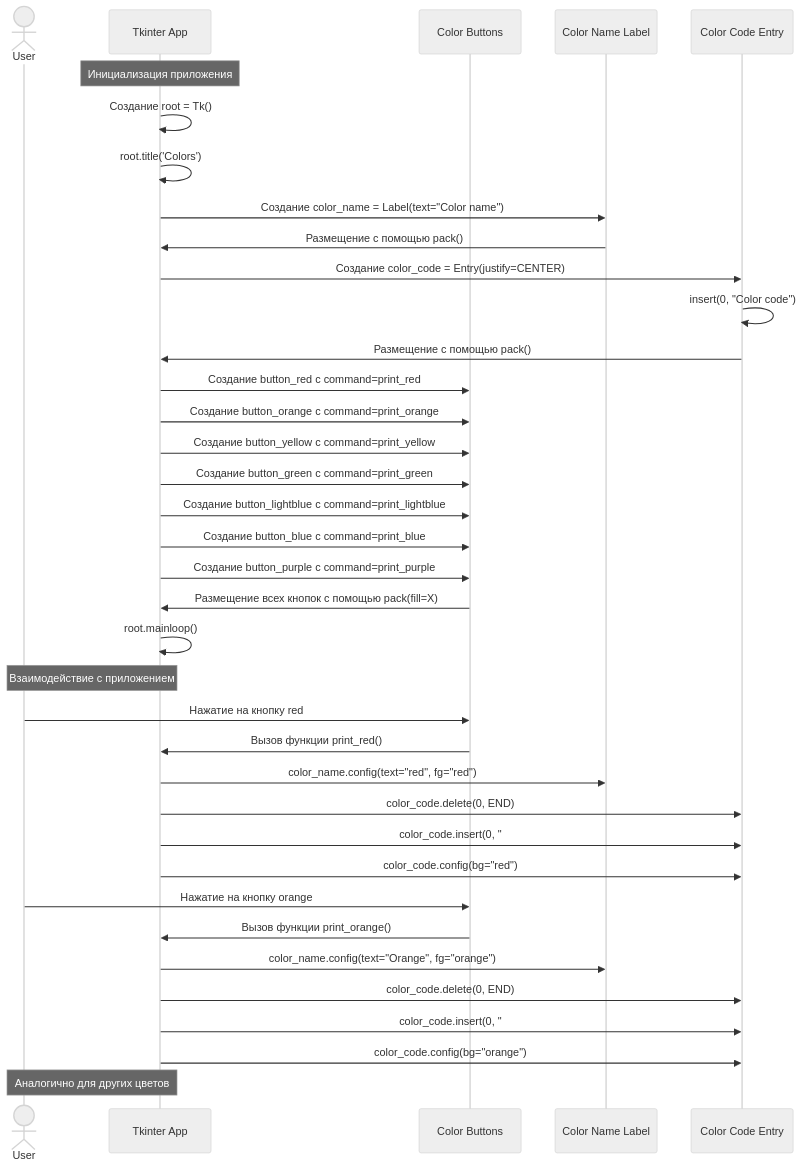
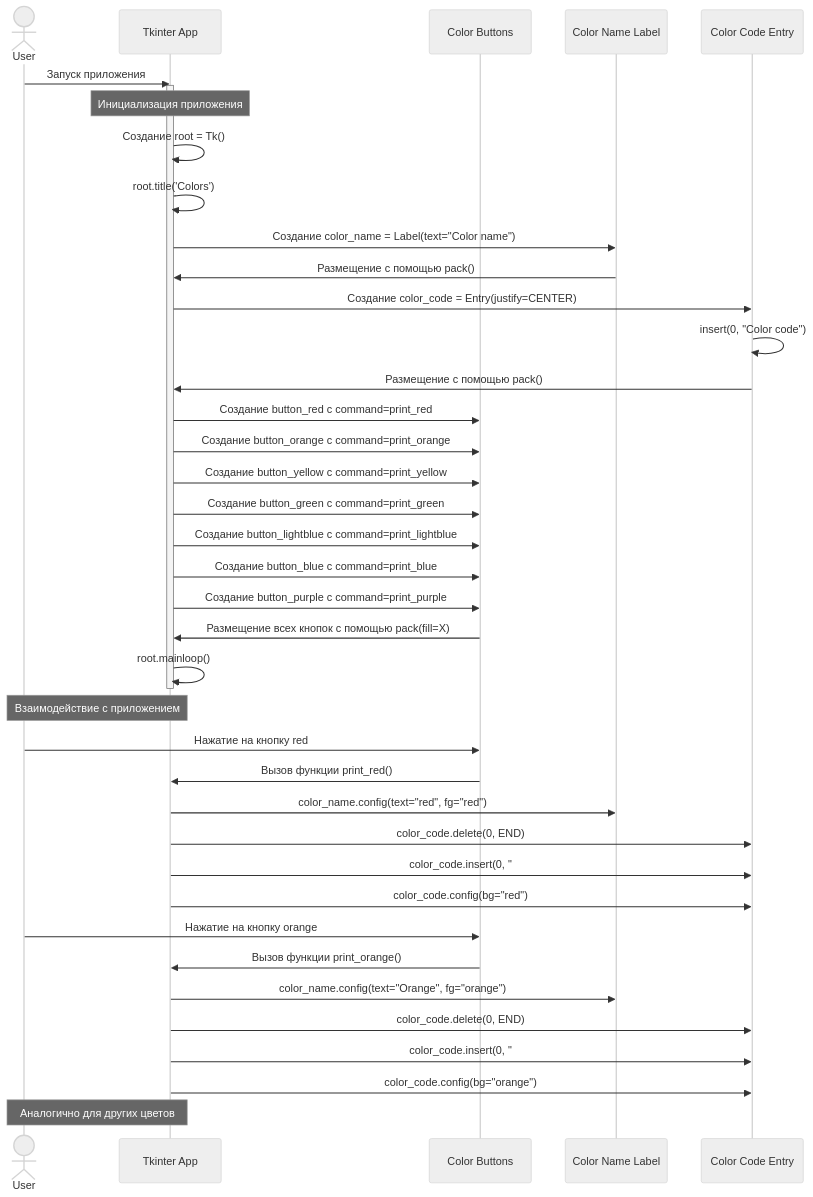
The diagram in UML/app_rainbow_procedural_sequence.md (future-username/Learn_Python), drawn with Mermaid (neutral theme) before and after one commit. The commit also changed 5 other files, not shown here.

First line of the commit message:
docs: update UML sequence diagrams and fix JSON file path

````diff
--- a/UML/app_rainbow_procedural_sequence.md
+++ b/UML/app_rainbow_procedural_sequence.md
@@ -5,47 +5,51 @@
 ```mermaid
 sequenceDiagram
     actor User
     participant App as Tkinter App
     participant Buttons as Color Buttons
     participant Label as Color Name Label
     participant Entry as Color Code Entry
+
+    User->>App: Запуск приложения
+    activate App
     
     Note over App: Инициализация приложения
     App->>App: Создание root = Tk()
     App->>App: root.title('Colors')
     App->>Label: Создание color_name = Label(text="Color name")
     Label->>App: Размещение с помощью pack()
     App->>Entry: Создание color_code = Entry(justify=CENTER)
     Entry->>Entry: insert(0, "Color code")
     Entry->>App: Размещение с помощью pack()
     
     App->>Buttons: Создание button_red с command=print_red
     App->>Buttons: Создание button_orange с command=print_orange
     App->>Buttons: Создание button_yellow с command=print_yellow
     App->>Buttons: Создание button_green с command=print_green
     App->>Buttons: Создание button_lightblue с command=print_lightblue
     App->>Buttons: Создание button_blue с command=print_blue
     App->>Buttons: Создание button_purple с command=print_purple
     
     Buttons->>App: Размещение всех кнопок с помощью pack(fill=X)
     
     App->>App: root.mainloop()
+    deactivate App
     
     Note over User, App: Взаимодействие с приложением
     
     User->>Buttons: Нажатие на кнопку red
     Buttons->>App: Вызов функции print_red()
     App->>Label: color_name.config(text="red", fg="red")
     App->>Entry: color_code.delete(0, END)
     App->>Entry: color_code.insert(0, "#ff0000")
     App->>Entry: color_code.config(bg="red")
     
     User->>Buttons: Нажатие на кнопку orange
     Buttons->>App: Вызов функции print_orange()
     App->>Label: color_name.config(text="Orange", fg="orange")
     App->>Entry: color_code.delete(0, END)
     App->>Entry: color_code.insert(0, "#ff7d00")
     App->>Entry: color_code.config(bg="orange")
     
     Note over User, App: Аналогично для других цветов
 ```
````
